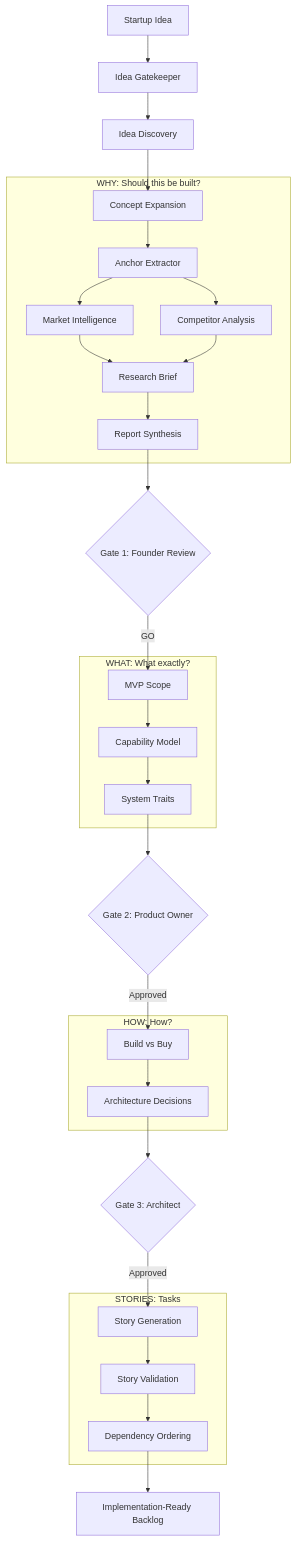
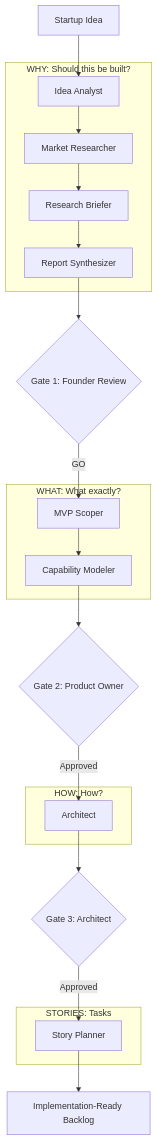
The diagram in docs/how-it-works.md (arslan70/haytham), drawn with Mermaid before and after one commit. The commit also changed other lines of this file and 422 other files, not shown here.

````diff
--- a/docs/how-it-works.md
+++ b/docs/how-it-works.md
@@ -16,40 +16,33 @@
 ```mermaid
 flowchart TD
-    idea[Startup Idea] --> gatekeeper[Idea Gatekeeper]
-    gatekeeper --> discovery[Idea Discovery]
-    discovery --> concept[Concept Expansion]
+    idea[Startup Idea] --> idea_analyst[Idea Analyst]
 
     subgraph why["WHY: Should this be built?"]
-        concept --> anchor[Anchor Extractor]
-        anchor --> market[Market Intelligence]
-        anchor --> competitor[Competitor Analysis]
-        market --> brief[Research Brief]
-        competitor --> brief
-        brief --> synthesis[Report Synthesis]
+        idea_analyst --> market[Market Researcher]
+        market --> briefer[Research Briefer]
+        briefer --> synthesis[Report Synthesizer]
     end
 
     synthesis --> gate1{Gate 1: Founder Review}
     gate1 -->|GO| mvp
 
     subgraph what["WHAT: What exactly?"]
-        mvp[MVP Scope] --> capability[Capability Model]
-        capability --> traits[System Traits]
+        mvp[MVP Scoper] --> capability[Capability Modeler]
     end
 
-    traits --> gate2{Gate 2: Product Owner}
+    capability --> gate2{Gate 2: Product Owner}
     gate2 -->|Approved| build_buy
 
     subgraph how["HOW: How?"]
-        build_buy[Build vs Buy] --> arch[Architecture Decisions]
+        build_buy[Architect]
     end
 
-    arch --> gate3{Gate 3: Architect}
+    build_buy --> gate3{Gate 3: Architect}
     gate3 -->|Approved| stories
 
     subgraph stories_phase["STORIES: Tasks"]
-        stories[Story Generation] --> story_val[Story Validation]
-        story_val --> ordering[Dependency Ordering]
+        stories[Story Planner]
     end
 
-    ordering --> output[Implementation-Ready Backlog]
+    stories --> output[Implementation-Ready Backlog]
 ```
````
